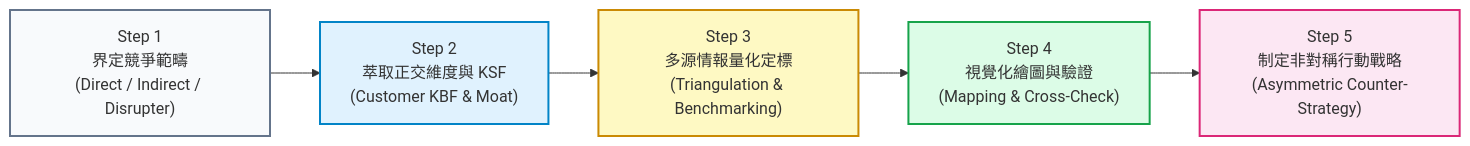
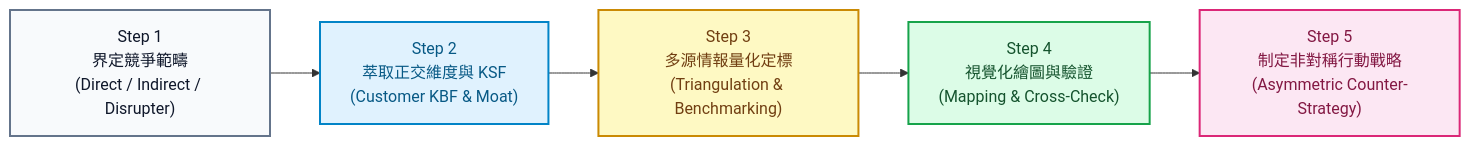
The fifth of 8 diagrams in src/site/notes/98_商業概念庫/competitive-matrix_競爭矩陣.md (Jimlin0428/my-digital-garden), drawn with Mermaid before and after one commit. The commit also changed other lines of this file and 99 other files, not shown here.

````diff
--- a/src/site/notes/98_商業概念庫/competitive-matrix_競爭矩陣.md
+++ b/src/site/notes/98_商業概念庫/competitive-matrix_競爭矩陣.md
@@ -207,13 +207,13 @@
 ```mermaid
 flowchart LR
     Step1["Step 1<br>界定競爭範疇<br>(Direct / Indirect / Disrupter)"] --> Step2["Step 2<br>萃取正交維度與 KSF<br>(Customer KBF & Moat)"]
     Step2 --> Step3["Step 3<br>多源情報量化定標<br>(Triangulation & Benchmarking)"]
     Step3 --> Step4["Step 4<br>視覺化繪圖與驗證<br>(Mapping & Cross-Check)"]
     Step4 --> Step5["Step 5<br>制定非對稱行動戰略<br>(Asymmetric Counter-Strategy)"]
 
-    style Step1 fill:#f8fafc,stroke:#64748b,stroke-width:2px
-    style Step2 fill:#e0f2fe,stroke:#0284c7,stroke-width:2px
-    style Step3 fill:#fef9c3,stroke:#ca8a04,stroke-width:2px
-    style Step4 fill:#dcfce7,stroke:#16a34a,stroke-width:2px
-    style Step5 fill:#fce7f3,stroke:#db2777,stroke-width:2px
+    style Step1 fill:#f8fafc,stroke:#64748b,stroke-width:2px,color:#0f172a
+    style Step2 fill:#e0f2fe,stroke:#0284c7,stroke-width:2px,color:#075985
+    style Step3 fill:#fef9c3,stroke:#ca8a04,stroke-width:2px,color:#713f12
+    style Step4 fill:#dcfce7,stroke:#16a34a,stroke-width:2px,color:#14532d
+    style Step5 fill:#fce7f3,stroke:#db2777,stroke-width:2px,color:#831843
 ```
````
